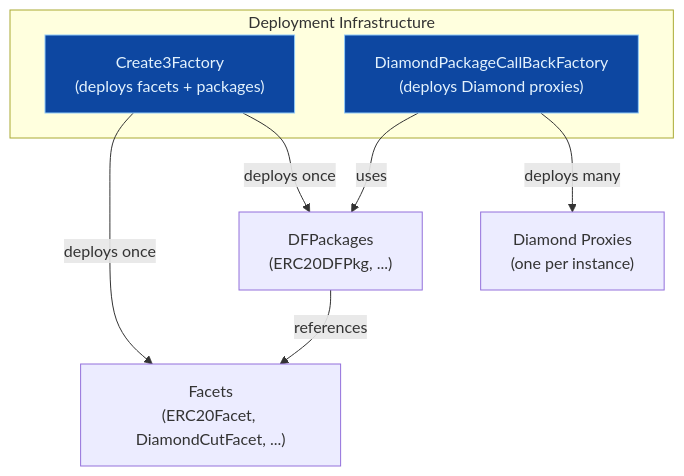
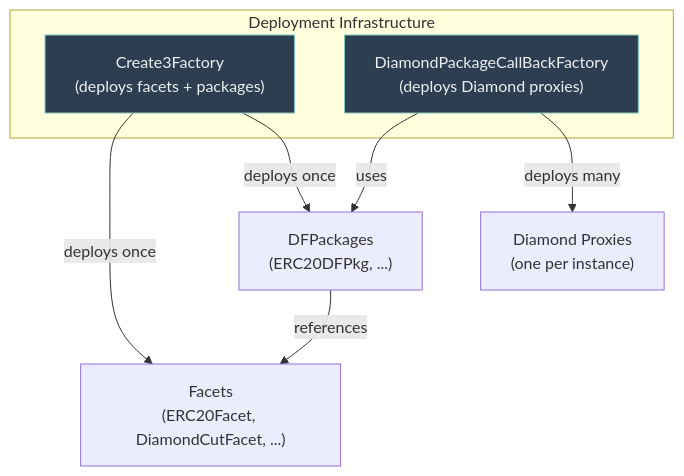
One commit to cyotee/crane changed the diagram in docs/deployment/create3.md. Above: the diagram before and after it, drawn with Mermaid. The commit also changed 5 other files, not shown here.

First line of the commit message:
docs: dark-theme Mermaid colors (readable facet labels)

````diff
--- a/docs/deployment/create3.md
+++ b/docs/deployment/create3.md
@@ -5,16 +5,16 @@
 ```mermaid
 flowchart TB
     subgraph Factories["Deployment Infrastructure"]
         C3["Create3Factory<br/>(deploys facets + packages)"]
         DPCF["DiamondPackageCallBackFactory<br/>(deploys Diamond proxies)"]
     end
 
     C3 -->|deploys once| Facets["Facets<br/>(ERC20Facet, DiamondCutFacet, ...)"]
     C3 -->|deploys once| Packages["DFPackages<br/>(ERC20DFPkg, ...)"]
     Packages -->|references| Facets
     DPCF -->|uses| Packages
     DPCF -->|deploys many| Proxies["Diamond Proxies<br/>(one per instance)"]
 
-    classDef core fill:#0d47a1,stroke:#90caf9,color:#e3f2fd
+    classDef core fill:#2c3e50,stroke:#80cbc4,color:#ecf0f1
     class C3,DPCF core
 ```
````
